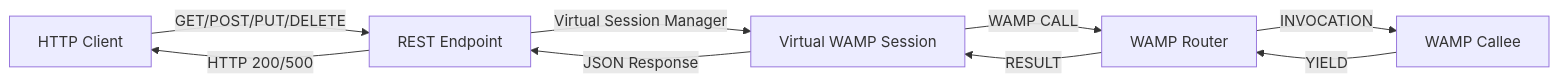
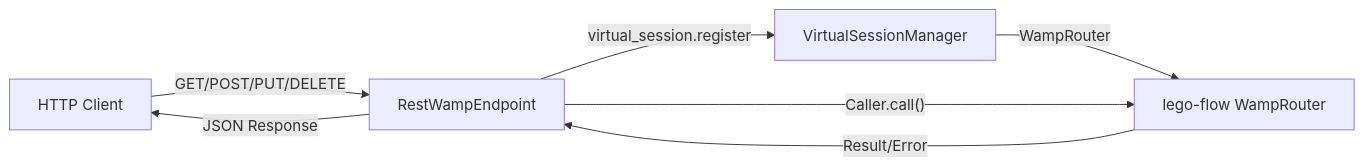
The diagram in doc/plan/PHASE_3_Integration.md (000ssg/RWAMP), drawn with Mermaid before and after one commit. The commit also changed other lines of this file and 4 other files, not shown here.

First line of the commit message:
Rewrite plans: RWAMP extends lego-flow WAMP (not standalone)

````diff
--- a/doc/plan/PHASE_3_Integration.md
+++ b/doc/plan/PHASE_3_Integration.md
@@ -26,11 +28,9 @@
 ```mermaid
 graph LR
-    A["HTTP Client"] -->|"GET/POST/PUT/DELETE"| B["REST Endpoint"]
-    B -->|"Virtual Session Manager"| C["Virtual WAMP Session"]
-    C -->|"WAMP CALL"| D["WAMP Router"]
-    D -->|"INVOCATION"| E["WAMP Callee"]
-    E -->|"YIELD"| D
-    D -->|"RESULT"| C
-    C -->|"JSON Response"| B
-    B -->|"HTTP 200/500"| A
+    A["HTTP Client"] -->|"GET/POST/PUT/DELETE"| B["RestWampEndpoint"]
+    B -->|"virtual_session.register"| C["VirtualSessionManager"]
+    C -->|"WampRouter"| D["lego-flow WampRouter"]
+    B -->|"Caller.call()"| D
+    D -->|"Result/Error"| B
+    B -->|"JSON Response"| A
 ```
````
